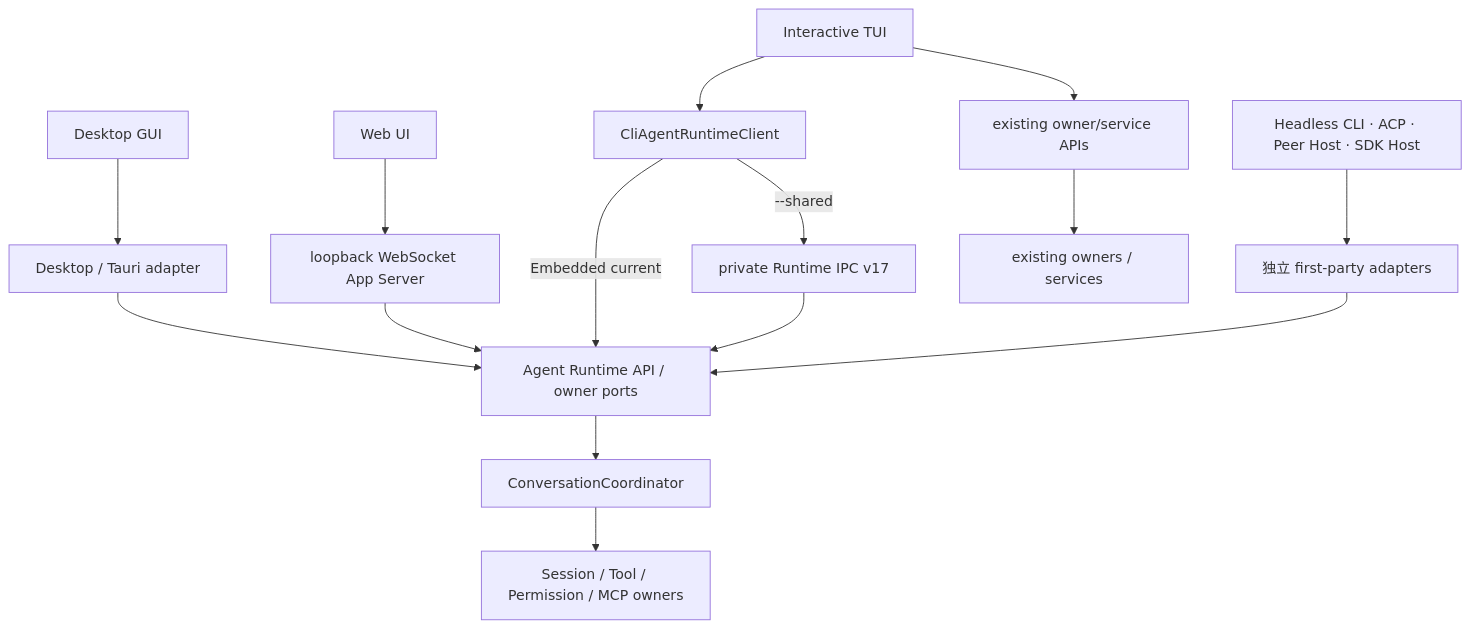
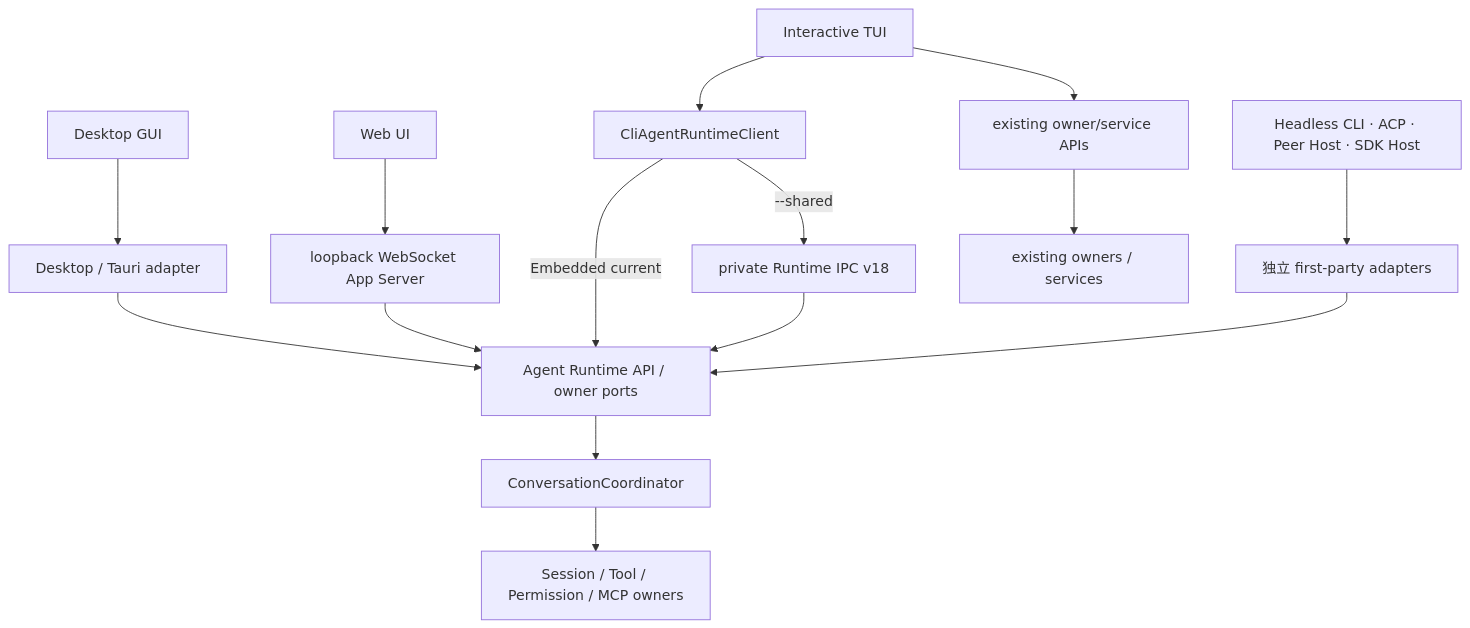
The first of 17 diagrams in docs/architecture/agent-runtime-deployment-design.md (116zoo/hc), drawn with Mermaid before and after one commit. The commit also changed other lines of this file and 16 other files, not shown here.

````diff
--- a/docs/architecture/agent-runtime-deployment-design.md
+++ b/docs/architecture/agent-runtime-deployment-design.md
@@ -23,17 +23,17 @@
 ```mermaid
 flowchart TB
   Desktop["Desktop GUI"] --> DesktopAdapter["Desktop / Tauri adapter"]
   Web["Web UI"] --> WebAS["loopback WebSocket App Server"]
   TUI["Interactive TUI"] --> RuntimeClient["CliAgentRuntimeClient"]
   RuntimeClient -->|"Embedded current"| API
-  RuntimeClient -->|"--shared"| SharedIPC["private Runtime IPC v17"]
+  RuntimeClient -->|"--shared"| SharedIPC["private Runtime IPC v18"]
   TUI --> OwnerApis["existing owner/service APIs"]
   OwnerApis --> DomainOwners["existing owners / services"]
   Other["Headless CLI · ACP · Peer Host · SDK Host"] --> Adapter["独立 first-party adapters"]
   DesktopAdapter --> API["Agent Runtime API / owner ports"]
   WebAS --> API
   SharedIPC --> API
   Adapter --> API
   API --> Coordinator["ConversationCoordinator"]
   Coordinator --> Owners["Session / Tool / Permission / MCP owners"]
 ```
````
